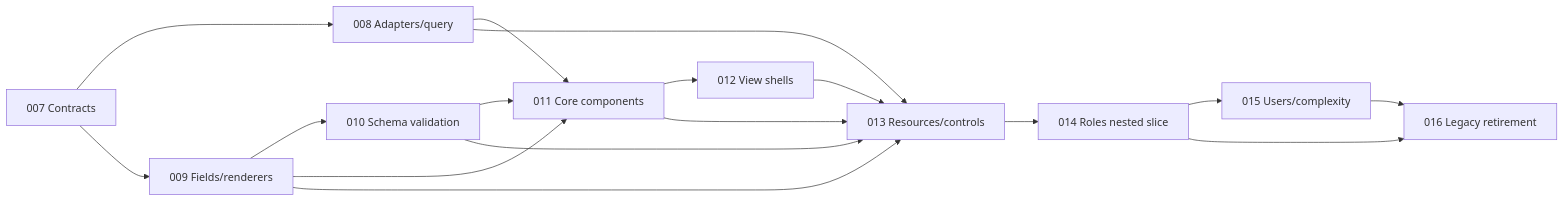
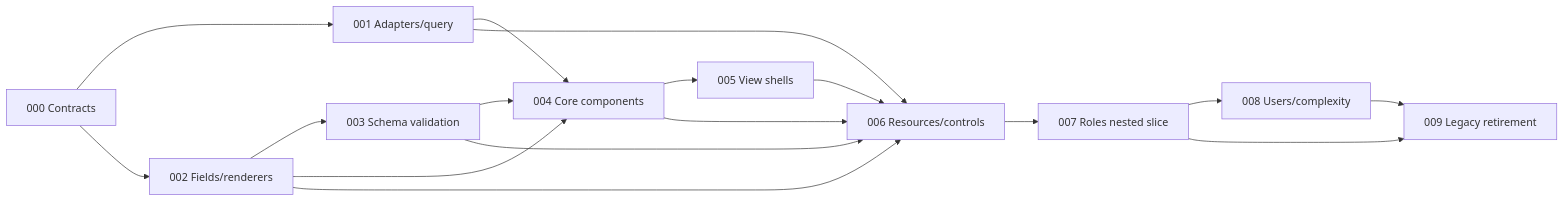
One commit to southneuhof/carta changed the diagram in plans/README.md. Above: the diagram before and after it, drawn with Mermaid. The commit also changed other lines of this file and 17 other files, not shown here.

````diff
--- a/plans/README.md
+++ b/plans/README.md
@@ -43,19 +37,19 @@
 ```mermaid
 flowchart LR
-  P007["007 Contracts"] --> P008["008 Adapters/query"]
-  P007 --> P009["009 Fields/renderers"]
-  P009 --> P010["010 Schema validation"]
-  P008 --> P011["011 Core components"]
-  P009 --> P011
-  P010 --> P011
-  P011 --> P012["012 View shells"]
-  P008 --> P013["013 Resources/controls"]
-  P009 --> P013
-  P010 --> P013
-  P011 --> P013
-  P012 --> P013
-  P013 --> P014["014 Roles nested slice"]
-  P014 --> P015["015 Users/complexity"]
-  P014 --> P016["016 Legacy retirement"]
-  P015 --> P016
+  P000["000 Contracts"] --> P001["001 Adapters/query"]
+  P000 --> P002["002 Fields/renderers"]
+  P002 --> P003["003 Schema validation"]
+  P001 --> P004["004 Core components"]
+  P002 --> P004
+  P003 --> P004
+  P004 --> P005["005 View shells"]
+  P001 --> P006["006 Resources/controls"]
+  P002 --> P006
+  P003 --> P006
+  P004 --> P006
+  P005 --> P006
+  P006 --> P007["007 Roles nested slice"]
+  P007 --> P008["008 Users/complexity"]
+  P007 --> P009["009 Legacy retirement"]
+  P008 --> P009
 ```
````
